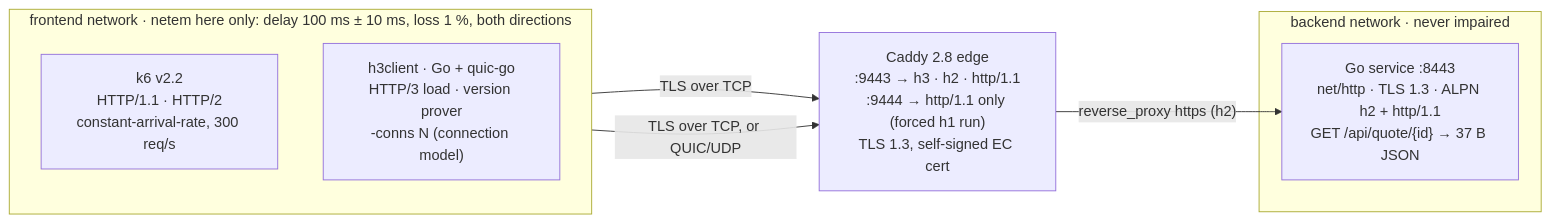
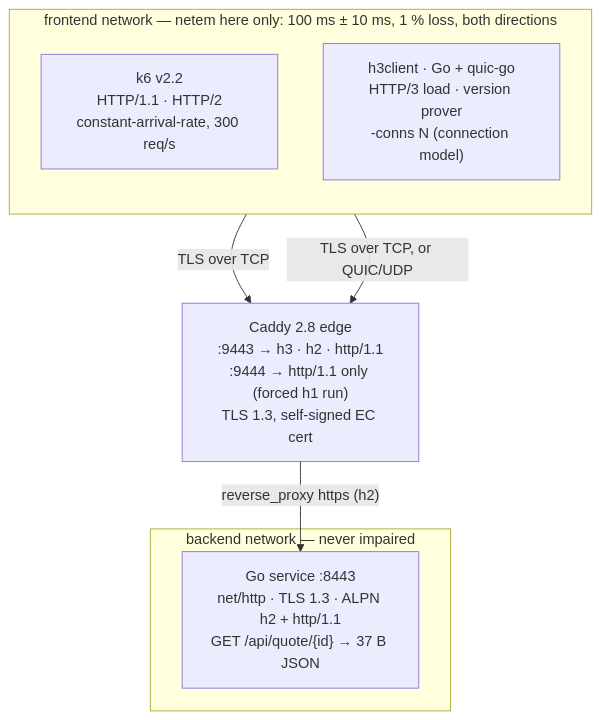
One commit to yerakairzhan/highload-backend-kbtu-fall26 changed the diagram in README.md. Above: the diagram before and after it, drawn with Mermaid.

Commit message:
README: top-to-bottom rig diagram (renders at full scale in a README column)

````diff
--- a/README.md
+++ b/README.md
@@ -12,18 +12,18 @@
 ```mermaid
-flowchart LR
-    subgraph FE["frontend network · netem here only: delay 100 ms ± 10 ms, loss 1 %, both directions"]
+flowchart TB
+    subgraph FE["frontend network — netem here only: 100 ms ± 10 ms, 1 % loss, both directions"]
         direction TB
         K6["k6 v2.2<br/>HTTP/1.1 · HTTP/2<br/>constant-arrival-rate, 300 req/s"]
         H3C["h3client · Go + quic-go<br/>HTTP/3 load · version prover<br/>-conns N (connection model)"]
     end
 
     EDGE["Caddy 2.8 edge<br/>:9443 → h3 · h2 · http/1.1<br/>:9444 → http/1.1 only (forced h1 run)<br/>TLS 1.3, self-signed EC cert"]
 
-    subgraph BE["backend network · never impaired"]
+    subgraph BE["backend network — never impaired"]
         SVC["Go service :8443<br/>net/http · TLS 1.3 · ALPN h2 + http/1.1<br/>GET /api/quote/{id} → 37 B JSON"]
     end
 
     K6  -- "TLS over TCP" --> EDGE
     H3C -- "TLS over TCP, or QUIC/UDP" --> EDGE
     EDGE -- "reverse_proxy https (h2)" --> SVC
 ```
````
